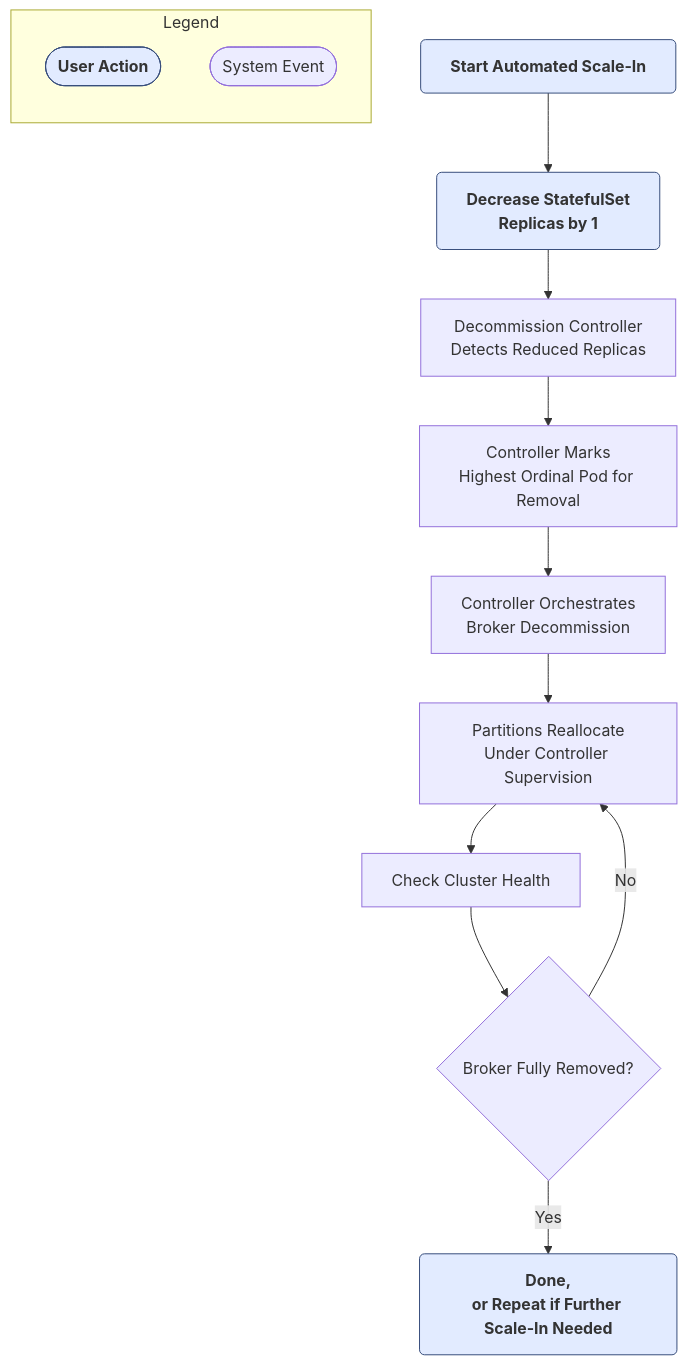
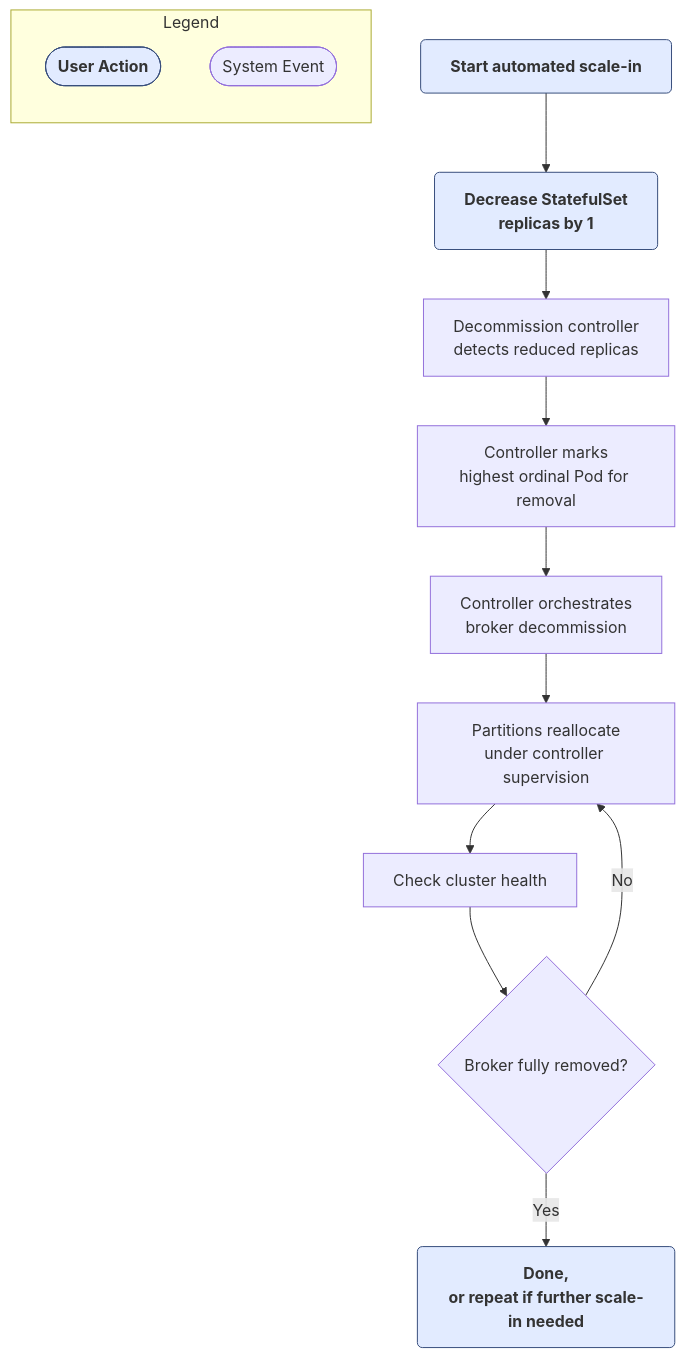
The second of 2 diagrams in modules/manage/pages/kubernetes/k-decommission-brokers.adoc (redpanda-data/docs), drawn with Mermaid before and after one commit. The commit also changed other lines of this file, not shown here.

```diff
--- a/modules/manage/pages/kubernetes/k-decommission-brokers.adoc
+++ b/modules/manage/pages/kubernetes/k-decommission-brokers.adoc
@@ -398,25 +398,25 @@
 [mermaid]
 ....
 flowchart TB
     %% Define classes
     classDef userAction stroke:#374D7C, fill:#E2EBFF, font-weight:bold,rx:5,ry:5
     classDef systemAction fill:#F6FBF6,stroke:#25855a,stroke-width:2px,color:#20293c,rx:5,ry:5
 
     %% Main workflow
-    A[Start Automated Scale-In]:::userAction --> B[Decrease StatefulSet<br/>Replicas by 1]:::userAction
-    B --> C[Decommission Controller<br/>Detects Reduced Replicas]:::systemEvent
-    C --> D[Controller Marks<br/>Highest Ordinal Pod for Removal]:::systemEvent
-    D --> E[Controller Orchestrates<br/>Broker Decommission]:::systemEvent
-    E --> F[Partitions Reallocate<br/>Under Controller Supervision]:::systemEvent
-    F --> G[Check Cluster Health]:::systemEvent
-    G --> H{Broker Fully Removed?}:::systemEvent
+    A[Start automated scale-in]:::userAction --> B[Decrease StatefulSet<br/>replicas by 1]:::userAction
+    B --> C[Decommission controller<br/>detects reduced replicas]:::systemEvent
+    C --> D[Controller marks<br/>highest ordinal Pod for removal]:::systemEvent
+    D --> E[Controller orchestrates<br/>broker decommission]:::systemEvent
+    E --> F[Partitions reallocate<br/>under controller supervision]:::systemEvent
+    F --> G[Check cluster health]:::systemEvent
+    G --> H{Broker fully removed?}:::systemEvent
     H -- No --> F
-    H -- Yes --> I[Done,<br/>or Repeat if Further Scale-In Needed]:::userAction
+    H -- Yes --> I[Done,<br/>or repeat if further scale-in needed]:::userAction
 
     %% Legend
     subgraph Legend
       direction TB
       UA([User Action]):::userAction
       SE([System Event]):::systemEvent
     end
 ....
```
